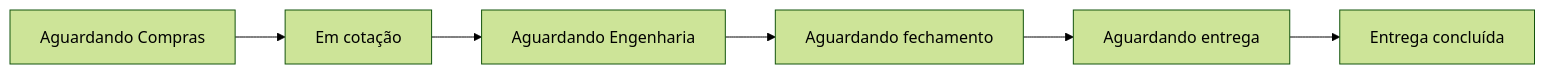
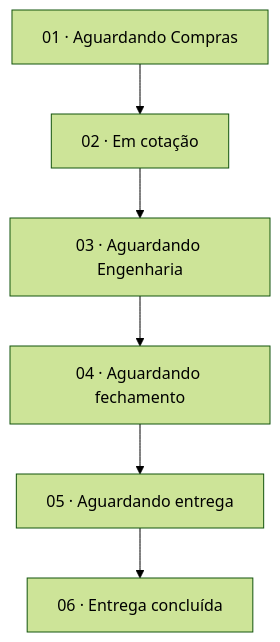
The diagram in docs/10-modulos.md (Taveshu19/plataforma-notas-fiscais), drawn with Mermaid (forest theme) before and after one commit. The commit also changed 9 other files, not shown here.

First line of the commit message:
Diagramas legíveis no GitHub e sem erro de sintaxe

````diff
--- a/docs/10-modulos.md
+++ b/docs/10-modulos.md
@@ -21,4 +21,4 @@
 ```mermaid
-flowchart LR
-  A["Aguardando Compras"] --> B["Em cotação"] --> C["Aguardando Engenharia"] --> D["Aguardando fechamento"] --> E["Aguardando entrega"] --> F["Entrega concluída"]
+flowchart TD
+  A["01 · Aguardando Compras"] --> B["02 · Em cotação"] --> C["03 · Aguardando Engenharia"] --> D["04 · Aguardando fechamento"] --> E["05 · Aguardando entrega"] --> F["06 · Entrega concluída"]
 ```
````
